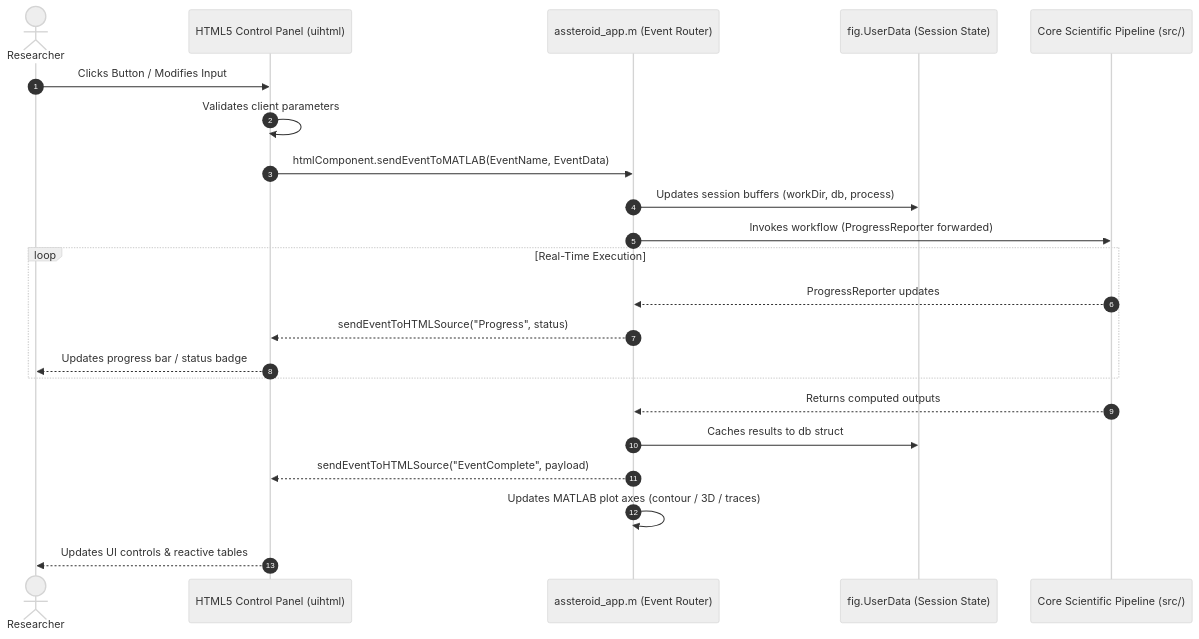
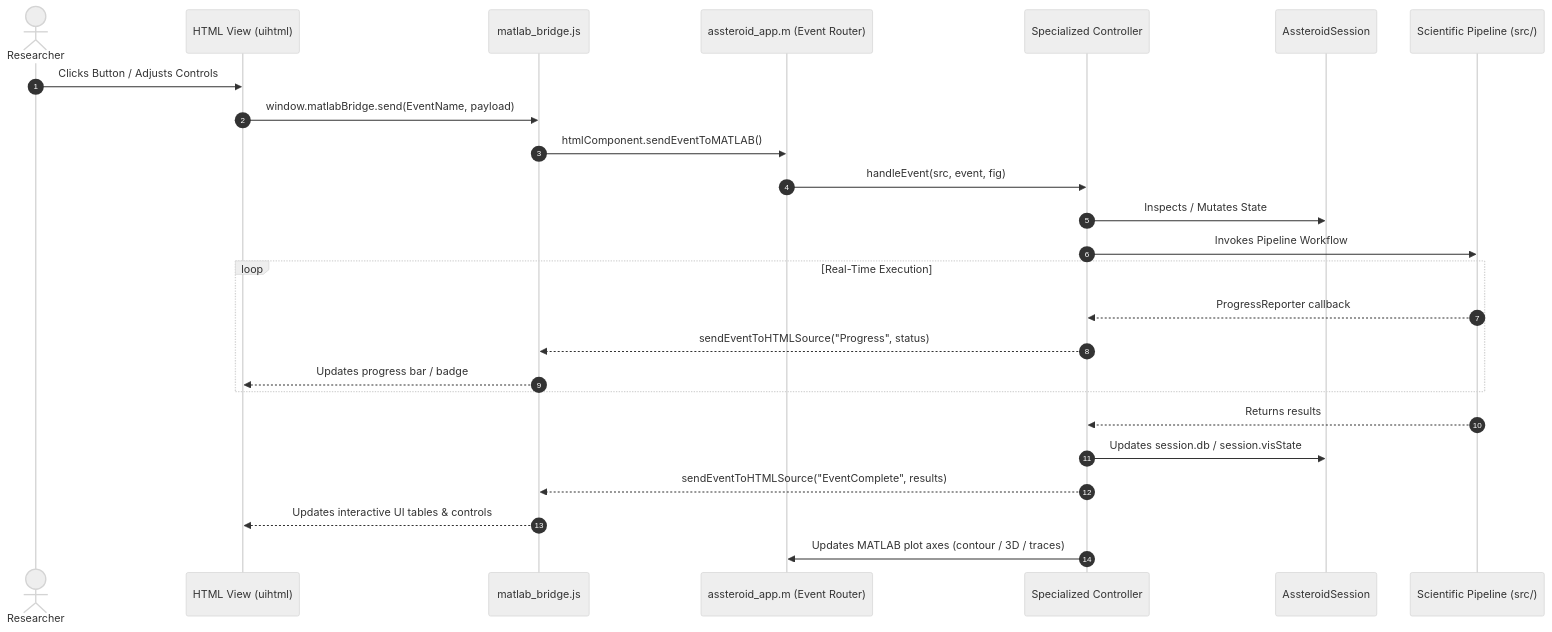
Before and after one commit to MahZadYar/ASSTEROID: the third of 3 diagrams in docs/app_architecture.md, drawn with Mermaid (neutral theme). The commit also changed other lines of this file and 3 other files, not shown here.

Commit message:
docs(v5.0): synchronize technical guides, architecture docs, and workflow references

````diff
--- a/docs/app_architecture.md
+++ b/docs/app_architecture.md
@@ -81,25 +181,28 @@
 ```mermaid
 sequenceDiagram
     autonumber
     actor User as Researcher
-    participant HTML as HTML5 Control Panel (uihtml)
+    participant HTML as HTML View (uihtml)
+    participant Bridge as matlab_bridge.js
     participant App as assteroid_app.m (Event Router)
-    participant State as fig.UserData (Session State)
-    participant Core as Core Scientific Pipeline (src/)
+    participant Ctrl as Specialized Controller
+    participant Session as AssteroidSession
+    participant Core as Scientific Pipeline (src/)
 
-    User->>HTML: Clicks Button / Modifies Input
-    HTML->>HTML: Validates client parameters
-    HTML->>App: htmlComponent.sendEventToMATLAB(EventName, EventData)
-    App->>State: Updates session buffers (workDir, db, process)
-    App->>Core: Invokes workflow (ProgressReporter forwarded)
+    User->>HTML: Clicks Button / Adjusts Controls
+    HTML->>Bridge: window.matlabBridge.send(EventName, payload)
+    Bridge->>App: htmlComponent.sendEventToMATLAB()
+    App->>Ctrl: handleEvent(src, event, fig)
+    Ctrl->>Session: Inspects / Mutates State
+    Ctrl->>Core: Invokes Pipeline Workflow
     loop Real-Time Execution
-        Core-->>App: ProgressReporter updates
-        App-->>HTML: sendEventToHTMLSource("Progress", status)
-        HTML-->>User: Updates progress bar / status badge
+        Core-->>Ctrl: ProgressReporter callback
+        Ctrl-->>Bridge: sendEventToHTMLSource("Progress", status)
+        Bridge-->>HTML: Updates progress bar / badge
     end
-    Core-->>App: Returns computed outputs
-    App->>State: Caches results to db struct
-    App-->>HTML: sendEventToHTMLSource("EventComplete", payload)
-    App->>App: Updates MATLAB plot axes (contour / 3D / traces)
-    HTML-->>User: Updates UI controls & reactive tables
+    Core-->>Ctrl: Returns results
+    Ctrl->>Session: Updates session.db / session.visState
+    Ctrl-->>Bridge: sendEventToHTMLSource("EventComplete", results)
+    Bridge-->>HTML: Updates interactive UI tables & controls
+    Ctrl->>App: Updates MATLAB plot axes (contour / 3D / traces)
 ```
````
